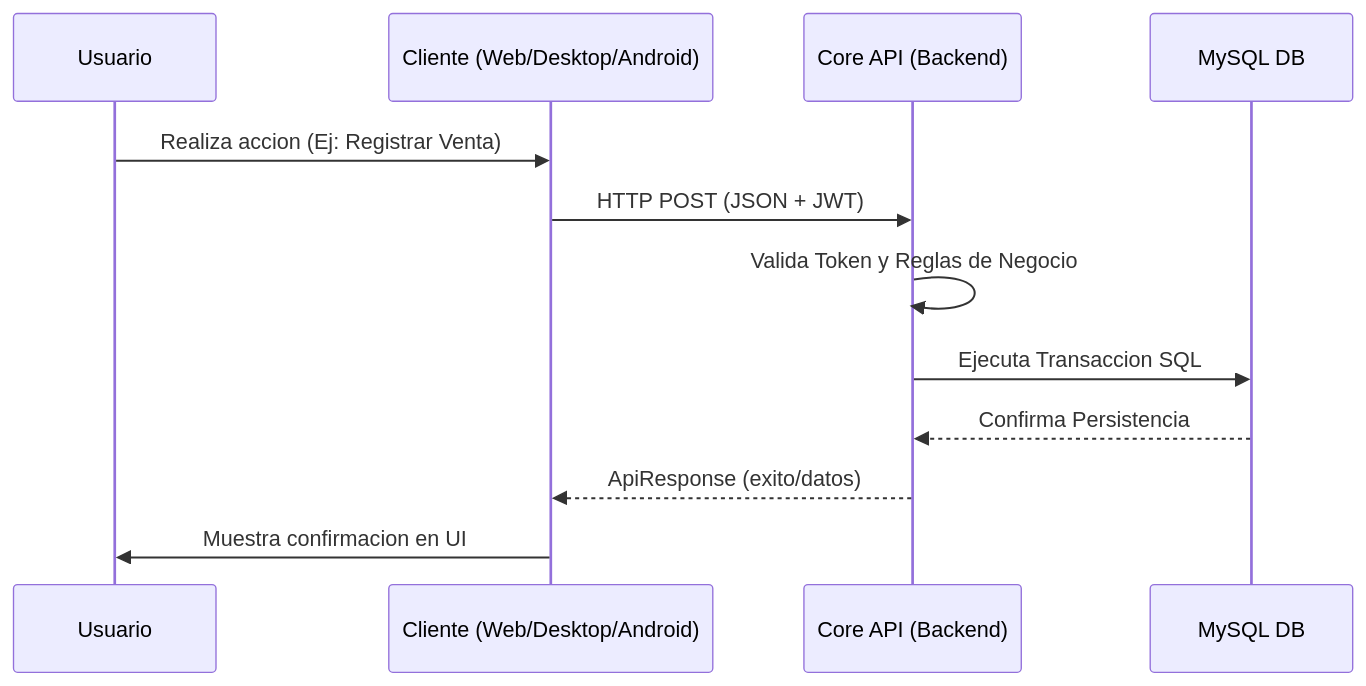
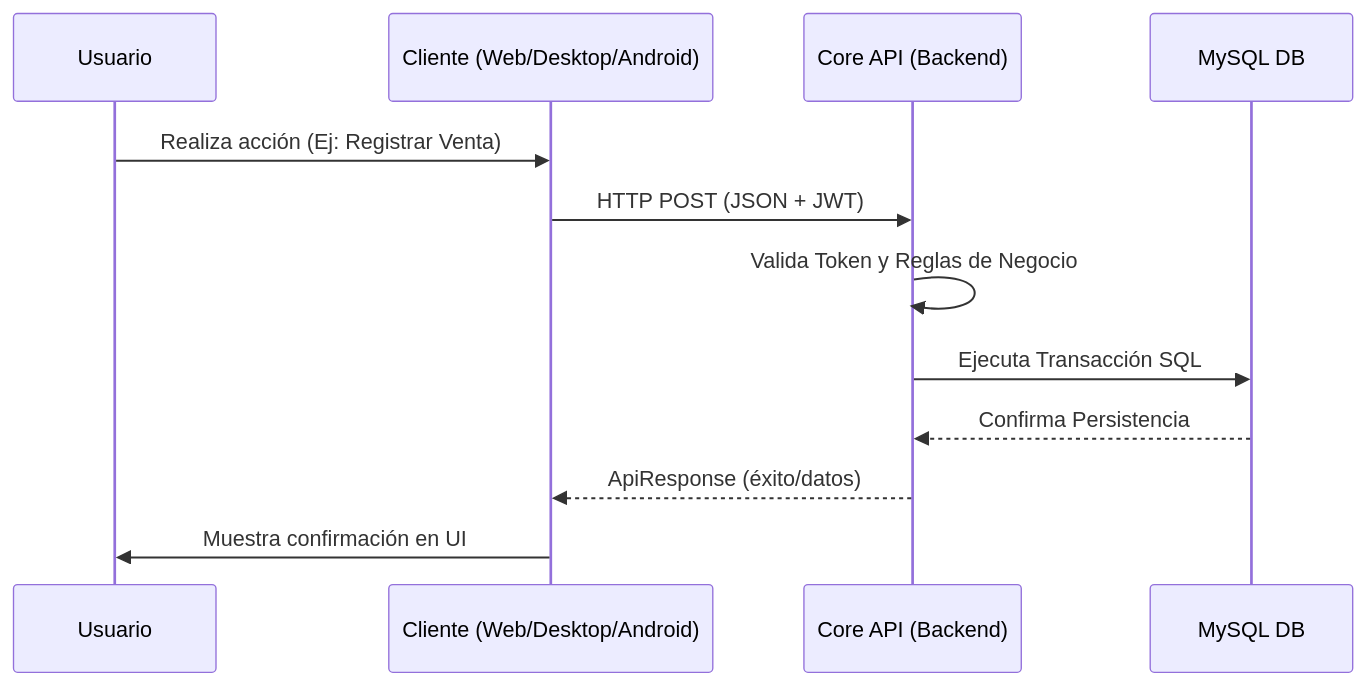
The third of 4 diagrams in infografia/buenas practicas.md (andresrubiel123/AcaciosWork), drawn with Mermaid before and after one commit. The commit also changed other lines of this file, not shown here.

````diff
--- a/infografia/buenas practicas.md
+++ b/infografia/buenas practicas.md
@@ -126,15 +250,15 @@
 ```mermaid
 sequenceDiagram
     participant User as Usuario
     participant Client as Cliente (Web/Desktop/Android)
     participant API as Core API (Backend)
     participant DB as MySQL DB
 
-    User->>Client: Realiza accion (Ej: Registrar Venta)
+    User->>Client: Realiza acción (Ej: Registrar Venta)
     Client->>API: HTTP POST (JSON + JWT)
     API->>API: Valida Token y Reglas de Negocio
-    API->>DB: Ejecuta Transaccion SQL
+    API->>DB: Ejecuta Transacción SQL
     DB-->>API: Confirma Persistencia
-    API-->>Client: ApiResponse (exito/datos)
-    Client->>User: Muestra confirmacion en UI
+    API-->>Client: ApiResponse (éxito/datos)
+    Client->>User: Muestra confirmación en UI
 ```
````
